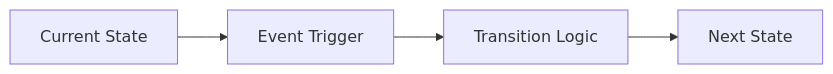
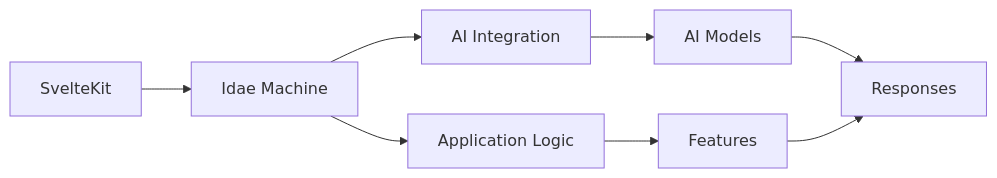
The diagram in packages/idae-machine/README.md (medyll/idae), drawn with Mermaid before and after one commit. The commit also changed other lines of this file and 17 other files, not shown here.

````diff
--- a/packages/idae-machine/README.md
+++ b/packages/idae-machine/README.md
@@ -433,6 +7,10 @@
 ```mermaid
-flowchart LR
-  State[Current State] --> Event[Event Trigger]
-  Event --> Transition[Transition Logic]
-  Transition --> NewState[Next State]
+graph LR
+    A[SvelteKit] --> B[Idae Machine]
+    B --> C[AI Integration]
+    B --> D[Application Logic]
+    C --> E[AI Models]
+    D --> F[Features]
+    E --> G[Responses]
+    F --> G
 ```
````
